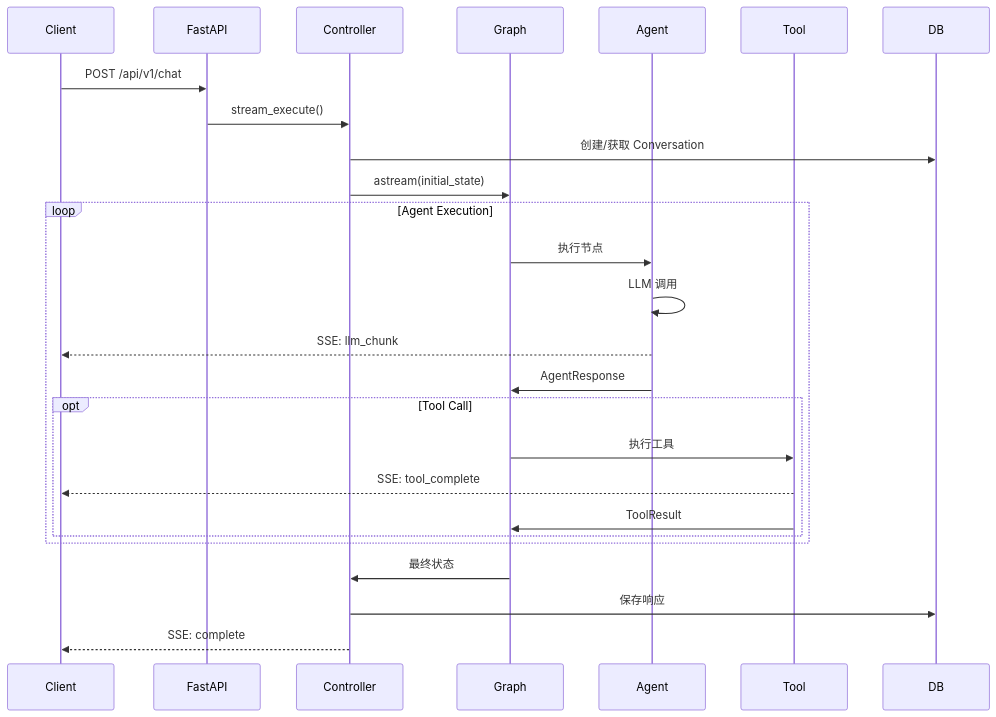
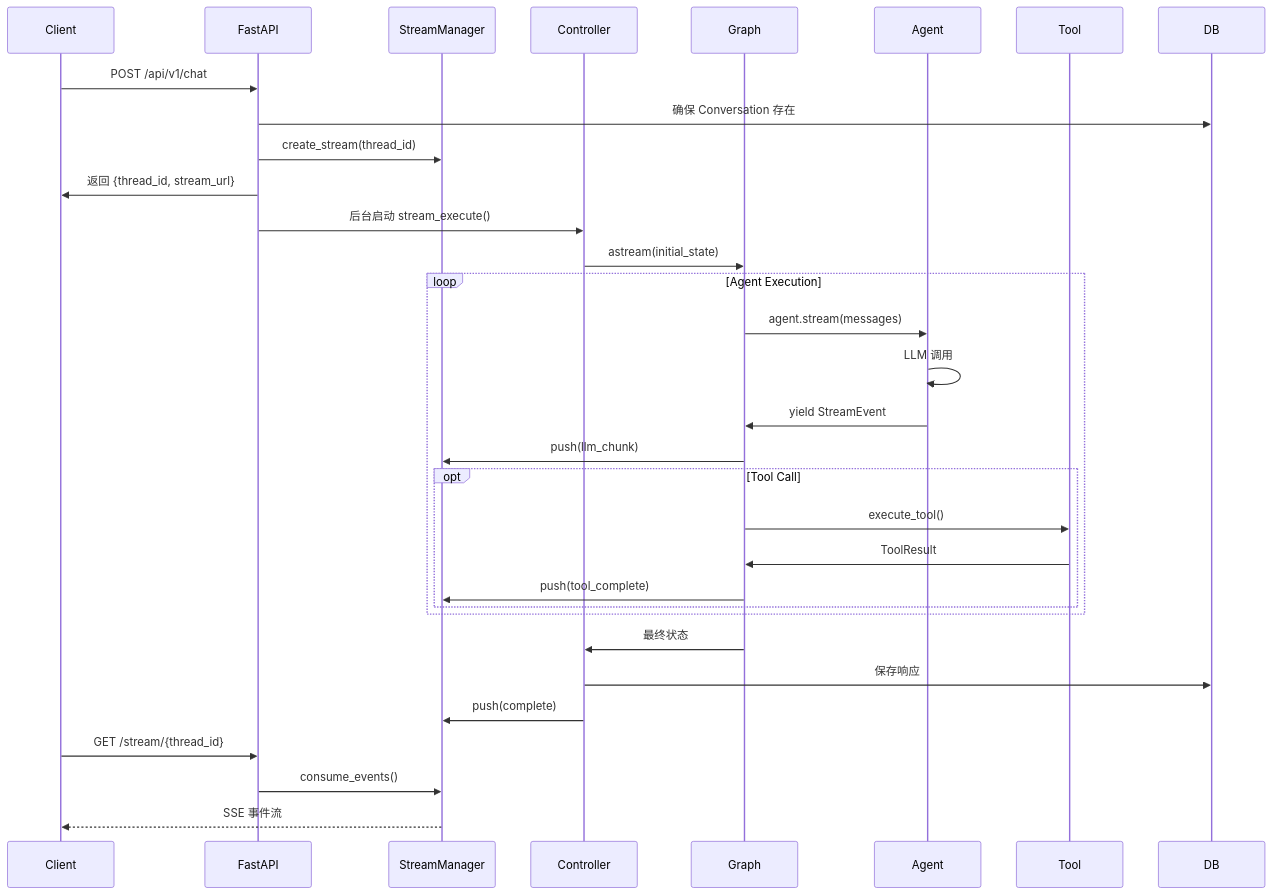
One commit to Neutrino1998/artifact-flow changed the first of 6 diagrams in docs/request-lifecycle.md. Above: the diagram before and after it, drawn with Mermaid. The commit also changed other lines of this file and 1 other file, not shown here.

````diff
--- a/docs/request-lifecycle.md
+++ b/docs/request-lifecycle.md
@@ -7,32 +7,40 @@
 ```mermaid
 sequenceDiagram
     participant Client
     participant FastAPI
+    participant StreamManager
     participant Controller
     participant Graph
     participant Agent
     participant Tool
     participant DB
 
     Client->>FastAPI: POST /api/v1/chat
-    FastAPI->>Controller: stream_execute()
-    Controller->>DB: 创建/获取 Conversation
+    FastAPI->>DB: 确保 Conversation 存在
+    FastAPI->>StreamManager: create_stream(thread_id)
+    FastAPI->>Client: 返回 {thread_id, stream_url}
+
+    FastAPI->>Controller: 后台启动 stream_execute()
     Controller->>Graph: astream(initial_state)
 
     loop Agent Execution
-        Graph->>Agent: 执行节点
+        Graph->>Agent: agent.stream(messages)
         Agent->>Agent: LLM 调用
-        Agent-->>Client: SSE: llm_chunk
-        Agent->>Graph: AgentResponse
+        Agent->>Graph: yield StreamEvent
+        Graph->>StreamManager: push(llm_chunk)
 
         opt Tool Call
-            Graph->>Tool: 执行工具
-            Tool-->>Client: SSE: tool_complete
+            Graph->>Tool: execute_tool()
             Tool->>Graph: ToolResult
+            Graph->>StreamManager: push(tool_complete)
         end
     end
 
     Graph->>Controller: 最终状态
     Controller->>DB: 保存响应
-    Controller-->>Client: SSE: complete
+    Controller->>StreamManager: push(complete)
+
+    Client->>FastAPI: GET /stream/{thread_id}
+    FastAPI->>StreamManager: consume_events()
+    StreamManager-->>Client: SSE 事件流
 ```
````
